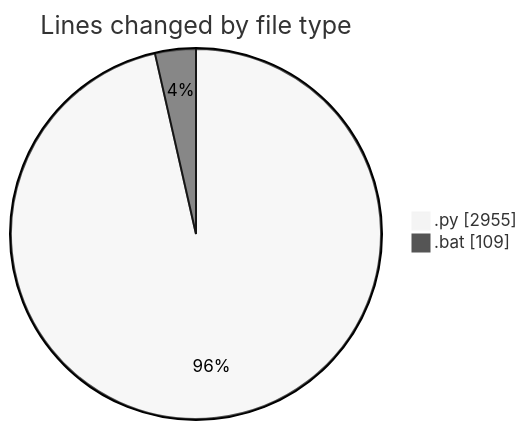
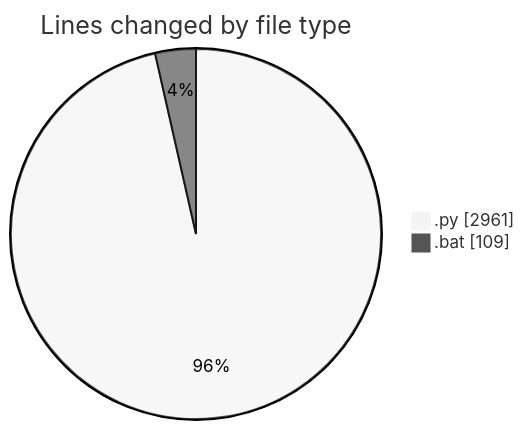
One commit to FelipKnott/code-tracking changed the first of 2 diagrams in 2025-07-03/cursor/README.md. Above: the diagram before and after it, drawn with Mermaid (neutral theme). The commit also changed other lines of this file and 1 other file, not shown here.

````diff
--- a/2025-07-03/cursor/README.md
+++ b/2025-07-03/cursor/README.md
@@ -38,6 +39,6 @@
 ```mermaid
 pie showData
 title Lines changed by file type
-".py" : 2955
+".py" : 2961
 ".bat" : 109
 ```
````
